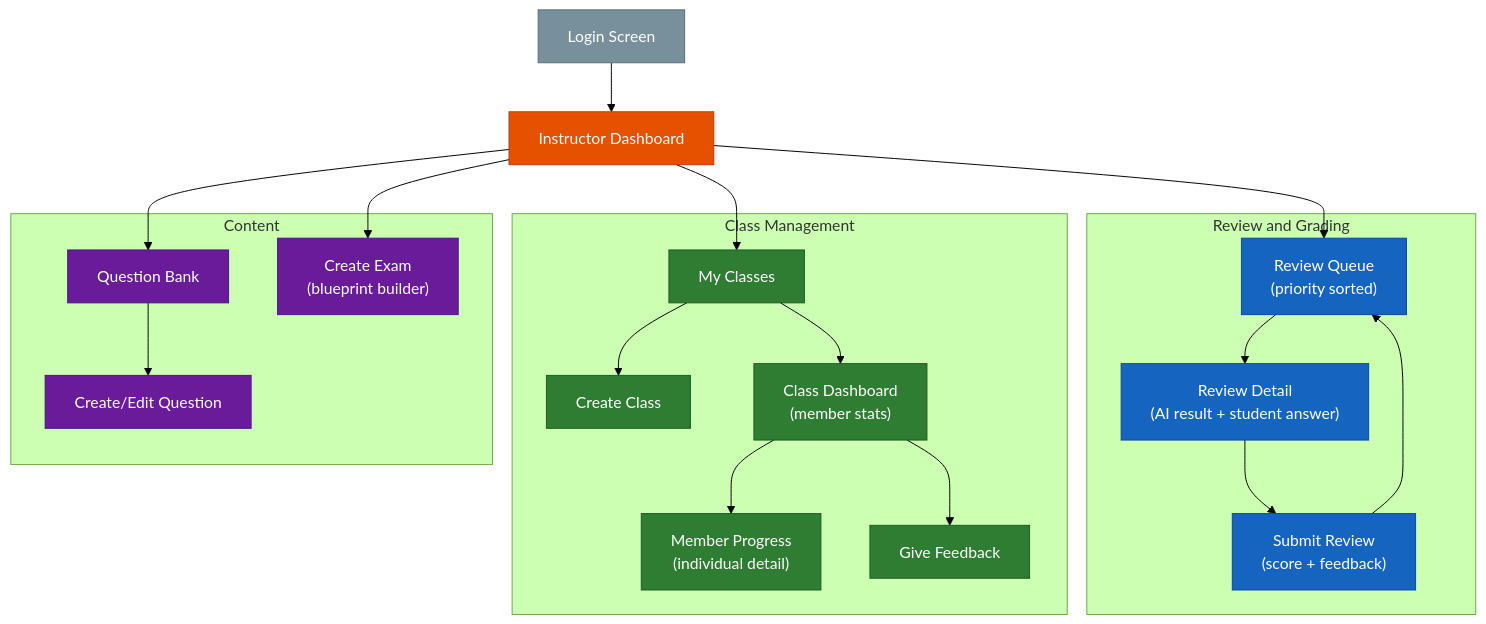
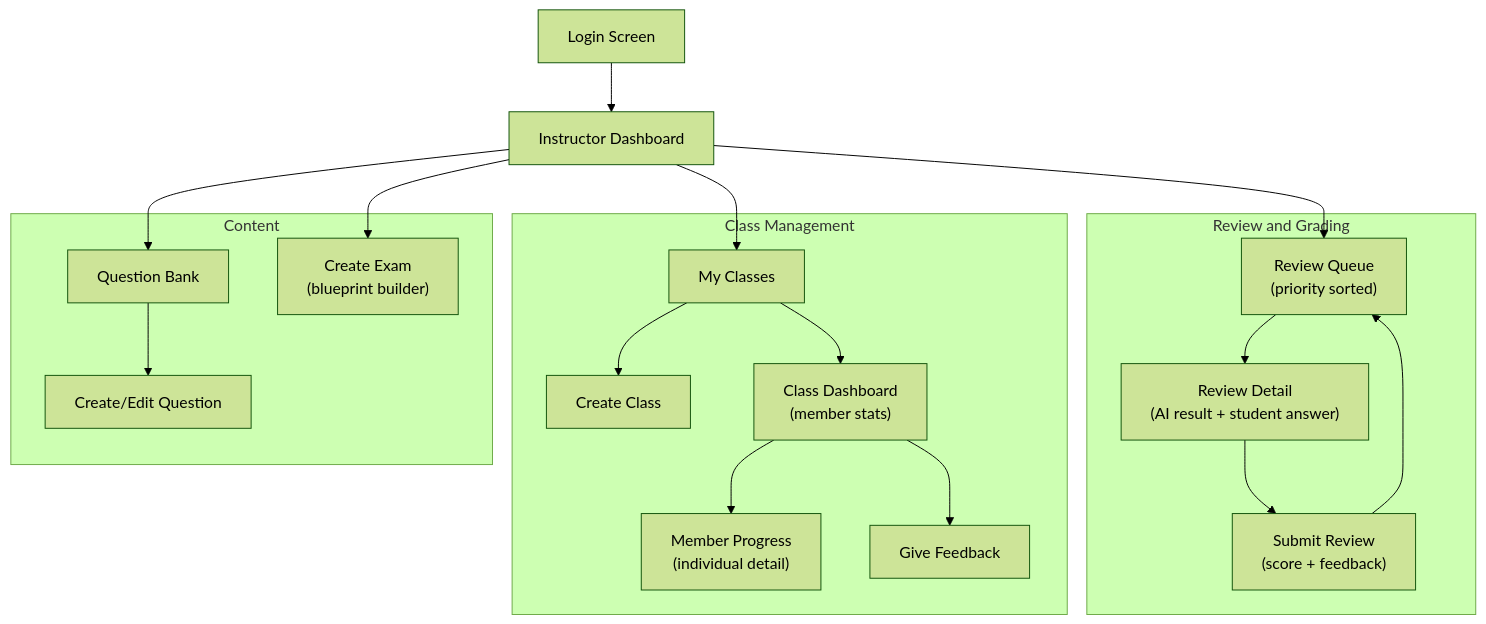
Before and after one commit to nghyane/VSTEP: the sixth of 15 diagrams in docs/capstone/reports/VI/report3-software-requirement-specification.md, drawn with Mermaid (forest theme). The commit also changed other lines of this file and 41 other files, not shown here.

First line of the commit message:
docs: fix diagrams to follow beautiful-mermaid conventions

````diff
--- a/docs/capstone/reports/VI/report3-software-requirement-specification.md
+++ b/docs/capstone/reports/VI/report3-software-requirement-specification.md
@@ -599,49 +572,37 @@
 ```mermaid
-flowchart TB
+graph TB
     Login["Login Screen"]
     Home["Instructor Dashboard"]
 
     subgraph Review ["Review and Grading"]
-        ReviewQueue["Review Queue<br/>(priority sorted)"]
-        ReviewDetail["Review Detail<br/>(AI result + student answer)"]
-        SubmitReview["Submit Review<br/>(score + feedback)"]
+        ReviewQueue["Review Queue\n(priority sorted)"]
+        ReviewDetail["Review Detail\n(AI result + student answer)"]
+        SubmitReview["Submit Review\n(score + feedback)"]
     end
 
     subgraph ClassMgmt ["Class Management"]
         ClassList["My Classes"]
         CreateClass["Create Class"]
-        ClassDashboard["Class Dashboard<br/>(member stats)"]
-        MemberProgress["Member Progress<br/>(individual detail)"]
+        ClassDashboard["Class Dashboard\n(member stats)"]
+        MemberProgress["Member Progress\n(individual detail)"]
         GiveFeedback["Give Feedback"]
     end
 
     subgraph Content ["Content"]
         QuestionBank["Question Bank"]
         CreateQuestion["Create/Edit Question"]
-        CreateExam["Create Exam<br/>(blueprint builder)"]
+        CreateExam["Create Exam\n(blueprint builder)"]
     end
 
     Login --> Home
     Home --> ReviewQueue --> ReviewDetail --> SubmitReview
     SubmitReview --> ReviewQueue
 
     Home --> ClassList
     ClassList --> CreateClass
     ClassList --> ClassDashboard --> MemberProgress
     ClassDashboard --> GiveFeedback
 
     Home --> QuestionBank --> CreateQuestion
     Home --> CreateExam
-
-    classDef auth fill:#78909c,stroke:#546e7a,color:#fff
-    classDef main fill:#e65100,stroke:#bf360c,color:#fff
-    classDef review fill:#1565c0,stroke:#0d47a1,color:#fff
-    classDef cls fill:#2e7d32,stroke:#1b5e20,color:#fff
-    classDef content fill:#6a1b9a,stroke:#4a148c,color:#fff
-
-    class Login auth
-    class Home main
-    class ReviewQueue,ReviewDetail,SubmitReview review
-    class ClassList,CreateClass,ClassDashboard,MemberProgress,GiveFeedback cls
-    class QuestionBank,CreateQuestion,CreateExam content
 ```
````
